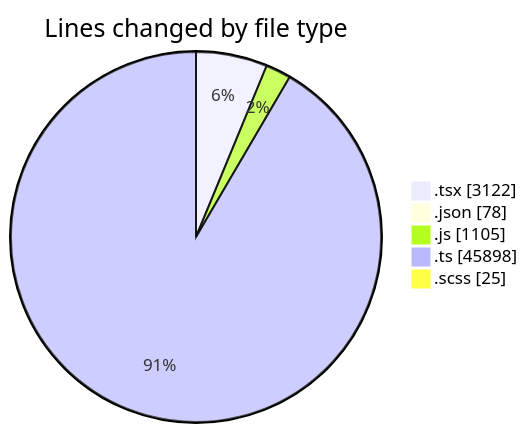
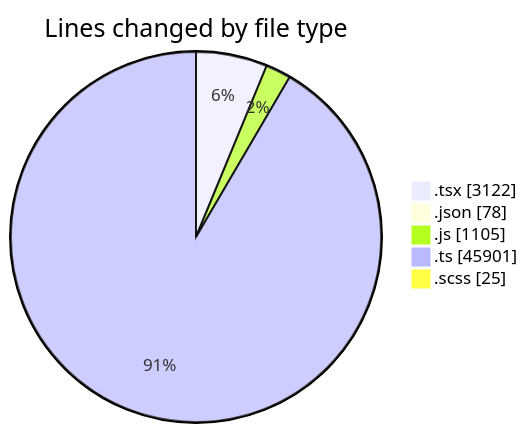
Before and after one commit to momahboobian/code-tracking: the first of 2 diagrams in 2026-10-19/cda/README.md, drawn with Mermaid. The commit also changed other lines of this file and 1 other file, not shown here.

````diff
--- a/2026-10-19/cda/README.md
+++ b/2026-10-19/cda/README.md
@@ -45,9 +45,9 @@
 ```mermaid
 pie showData
 title Lines changed by file type
 ".tsx" : 3122
 ".json" : 78
 ".js" : 1105
-".ts" : 45898
+".ts" : 45901
 ".scss" : 25
 ```
````
